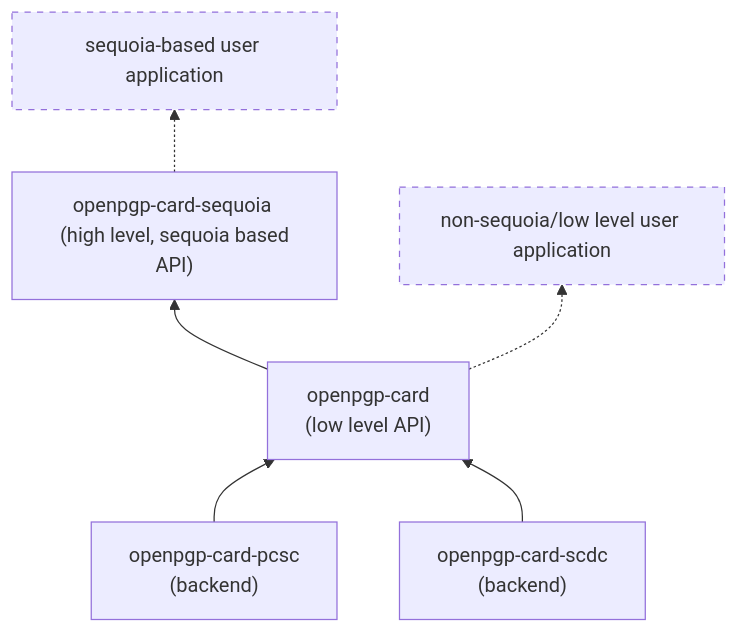
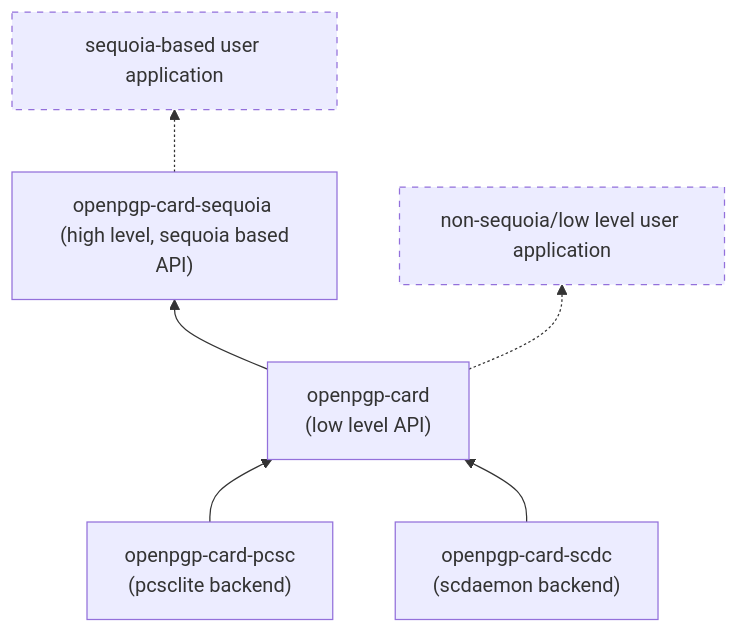
One commit to tsprlng/useful-pgp-agent changed the diagram in README.md. Above: the diagram before and after it, drawn with Mermaid.

````diff
--- a/README.md
+++ b/README.md
@@ -28,11 +28,11 @@
 ```mermaid
 graph BT
-    OP["openpgp-card-pcsc <br/> (backend)"] --> OC
-    OS["openpgp-card-scdc <br/> (backend)"] --> OC["openpgp-card </br> (low level API)"]
+    OP["openpgp-card-pcsc <br/> (pcsclite backend)"] --> OC
+    OS["openpgp-card-scdc <br/> (scdaemon backend)"] --> OC["openpgp-card </br> (low level API)"]
     OC --> OCS["openpgp-card-sequoia <br/> (high level, sequoia based API)"]
     OC -.-> U1[non-sequoia/low level user application]
     OCS -.-> U2[sequoia-based user application]
 
 classDef userApp stroke-dasharray: 5 5;
 class U1,U2 userApp;
 ```
````
